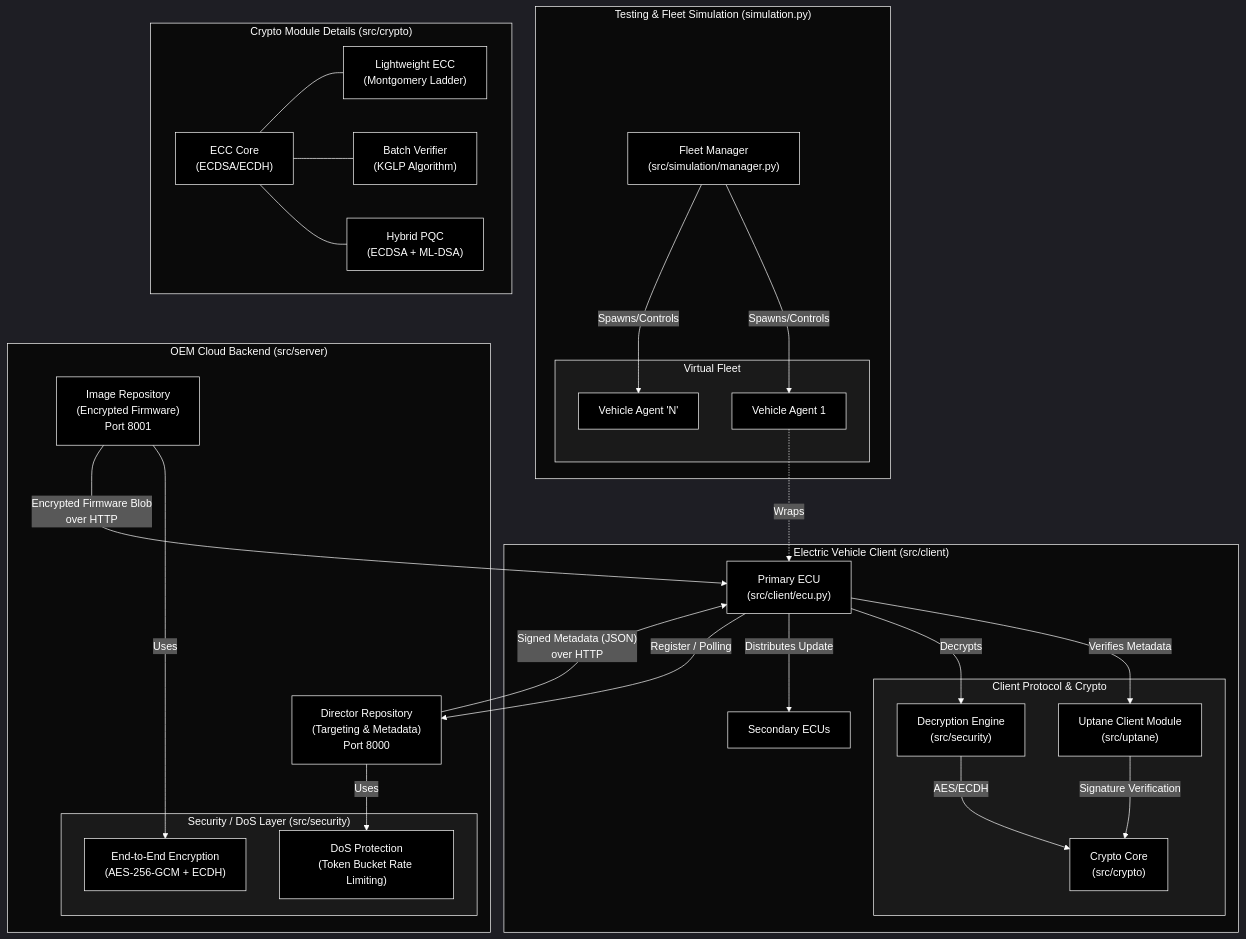
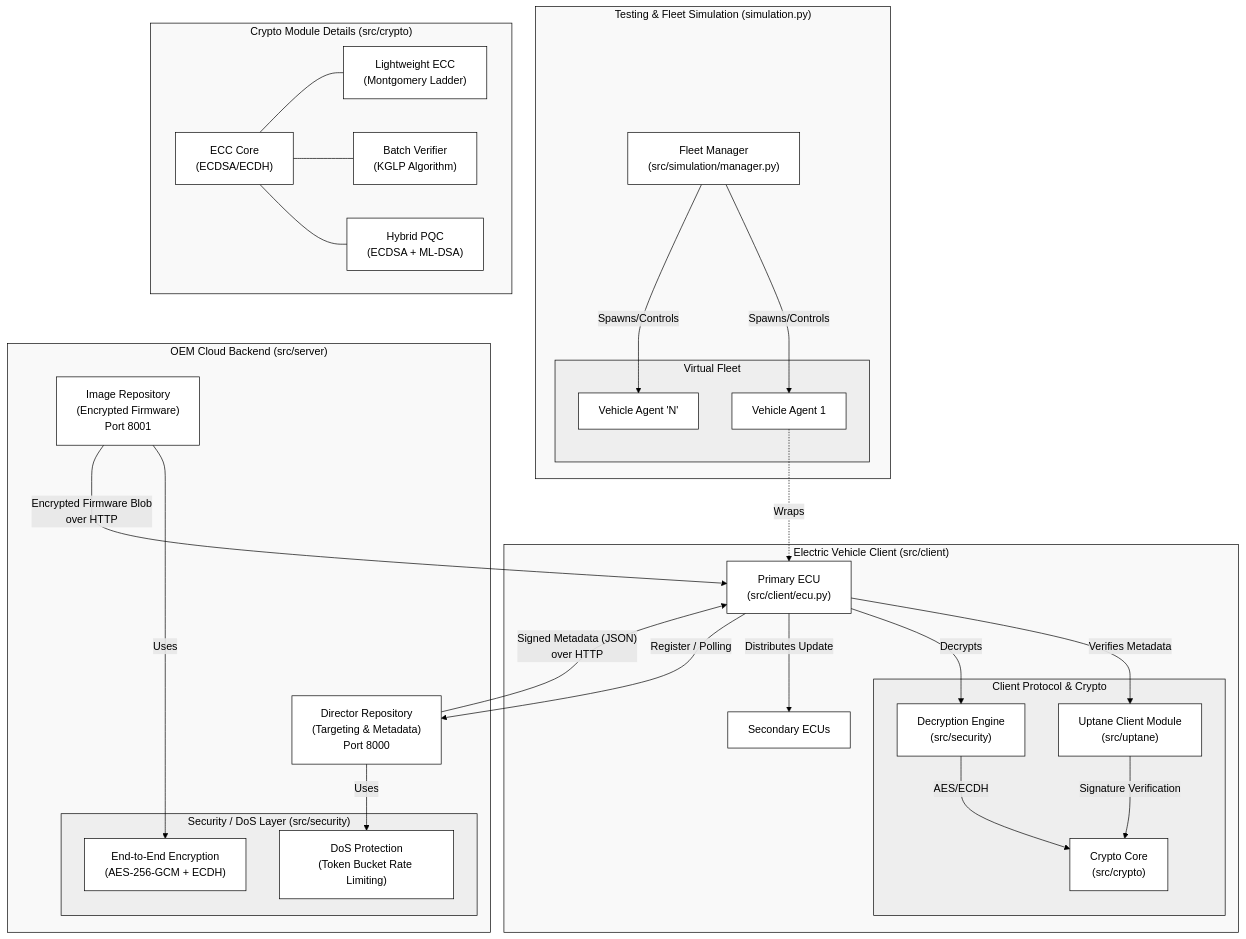
One commit to Abs449/SecureEV-OTA changed the diagram in architecture_diagram.md. Above: the diagram before and after it, drawn with Mermaid.

Commit message:
Change architecture diagram theme to default
.

````diff
--- a/architecture_diagram.md
+++ b/architecture_diagram.md
@@ -7,5 +7,5 @@
 ```mermaid
-%%{init: {'theme': 'dark', 'themeVariables': { 'background': '#000000', 'primaryTextColor': '#ffffff', 'lineColor': '#ffffff', 'primaryColor': '#000000', 'primaryBorderColor': '#ffffff', 'clusterBkg': '#000000', 'clusterBorder': '#ffffff', 'textColor': '#ffffff'}}}%%
+%%{init: {'theme': 'default', 'themeVariables': { 'background': '#ffffff', 'primaryTextColor': '#000000', 'lineColor': '#000000', 'primaryColor': '#ffffff', 'primaryBorderColor': '#000000', 'clusterBkg': '#ffffff', 'clusterBorder': '#000000', 'textColor': '#000000'}}}%%
 graph TB
     subgraph SimulationEnv ["Testing & Fleet Simulation (simulation.py)"]
         FleetManager["Fleet Manager<br>(src/simulation/manager.py)"]
@@ -66,29 +66,29 @@
     ImageRepo -- "Encrypted Firmware Blob<br>over HTTP" --> PrimaryECU
     PrimaryECU -- "Register / Polling" --> DirectorRepo
 
-    %% Styling for Black Background and White Borders
-    style FleetManager fill:#000000,stroke:#ffffff,color:#ffffff
-    style Agent1 fill:#000000,stroke:#ffffff,color:#ffffff
-    style AgentN fill:#000000,stroke:#ffffff,color:#ffffff
-    style DirectorRepo fill:#000000,stroke:#ffffff,color:#ffffff
-    style ImageRepo fill:#000000,stroke:#ffffff,color:#ffffff
-    style DoS fill:#000000,stroke:#ffffff,color:#ffffff
-    style E2EServer fill:#000000,stroke:#ffffff,color:#ffffff
-    style PrimaryECU fill:#000000,stroke:#ffffff,color:#ffffff
-    style SecondaryECU fill:#000000,stroke:#ffffff,color:#ffffff
-    style UptaneClient fill:#000000,stroke:#ffffff,color:#ffffff
-    style CryptoCore fill:#000000,stroke:#ffffff,color:#ffffff
-    style E2EClient fill:#000000,stroke:#ffffff,color:#ffffff
-    style BaseECC fill:#000000,stroke:#ffffff,color:#ffffff
-    style Lightweight fill:#000000,stroke:#ffffff,color:#ffffff
-    style BatchVerifier fill:#000000,stroke:#ffffff,color:#ffffff
-    style HybridPQC fill:#000000,stroke:#ffffff,color:#ffffff
+    %% Styling for White Background and Black Borders
+    style FleetManager fill:#ffffff,stroke:#000000,color:#000000
+    style Agent1 fill:#ffffff,stroke:#000000,color:#000000
+    style AgentN fill:#ffffff,stroke:#000000,color:#000000
+    style DirectorRepo fill:#ffffff,stroke:#000000,color:#000000
+    style ImageRepo fill:#ffffff,stroke:#000000,color:#000000
+    style DoS fill:#ffffff,stroke:#000000,color:#000000
+    style E2EServer fill:#ffffff,stroke:#000000,color:#000000
+    style PrimaryECU fill:#ffffff,stroke:#000000,color:#000000
+    style SecondaryECU fill:#ffffff,stroke:#000000,color:#000000
+    style UptaneClient fill:#ffffff,stroke:#000000,color:#000000
+    style CryptoCore fill:#ffffff,stroke:#000000,color:#000000
+    style E2EClient fill:#ffffff,stroke:#000000,color:#000000
+    style BaseECC fill:#ffffff,stroke:#000000,color:#000000
+    style Lightweight fill:#ffffff,stroke:#000000,color:#000000
+    style BatchVerifier fill:#ffffff,stroke:#000000,color:#000000
+    style HybridPQC fill:#ffffff,stroke:#000000,color:#000000
 
-    style SimulationEnv fill:#0a0a0a,stroke:#ffffff,color:#ffffff
-    style OEMCloud fill:#0a0a0a,stroke:#ffffff,color:#ffffff
-    style EV fill:#0a0a0a,stroke:#ffffff,color:#ffffff
-    style CryptoModules fill:#0a0a0a,stroke:#ffffff,color:#ffffff
-    style SecurityLayer fill:#1a1a1a,stroke:#ffffff,color:#ffffff
-    style VirtualFleet fill:#1a1a1a,stroke:#ffffff,color:#ffffff
-    style ClientSecurity fill:#1a1a1a,stroke:#ffffff,color:#ffffff
+    style SimulationEnv fill:#f9f9f9,stroke:#000000,color:#000000
+    style OEMCloud fill:#f9f9f9,stroke:#000000,color:#000000
+    style EV fill:#f9f9f9,stroke:#000000,color:#000000
+    style CryptoModules fill:#f9f9f9,stroke:#000000,color:#000000
+    style SecurityLayer fill:#eeeeee,stroke:#000000,color:#000000
+    style VirtualFleet fill:#eeeeee,stroke:#000000,color:#000000
+    style ClientSecurity fill:#eeeeee,stroke:#000000,color:#000000
 ```
````
